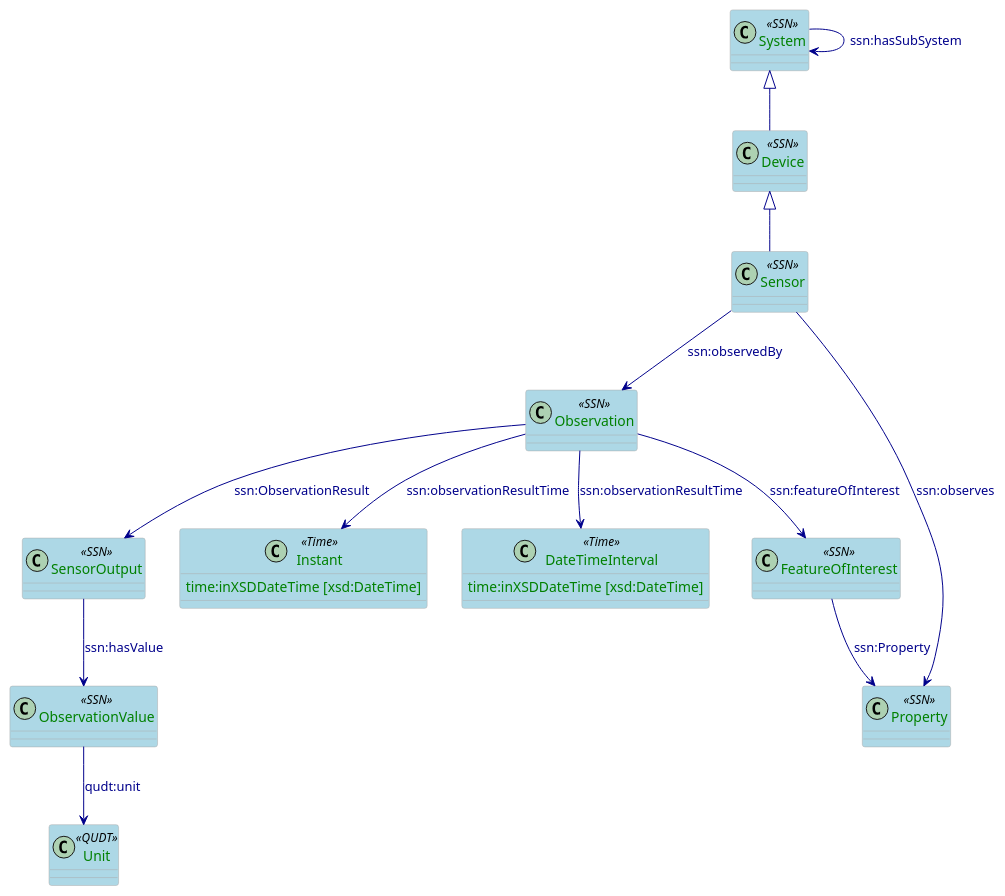
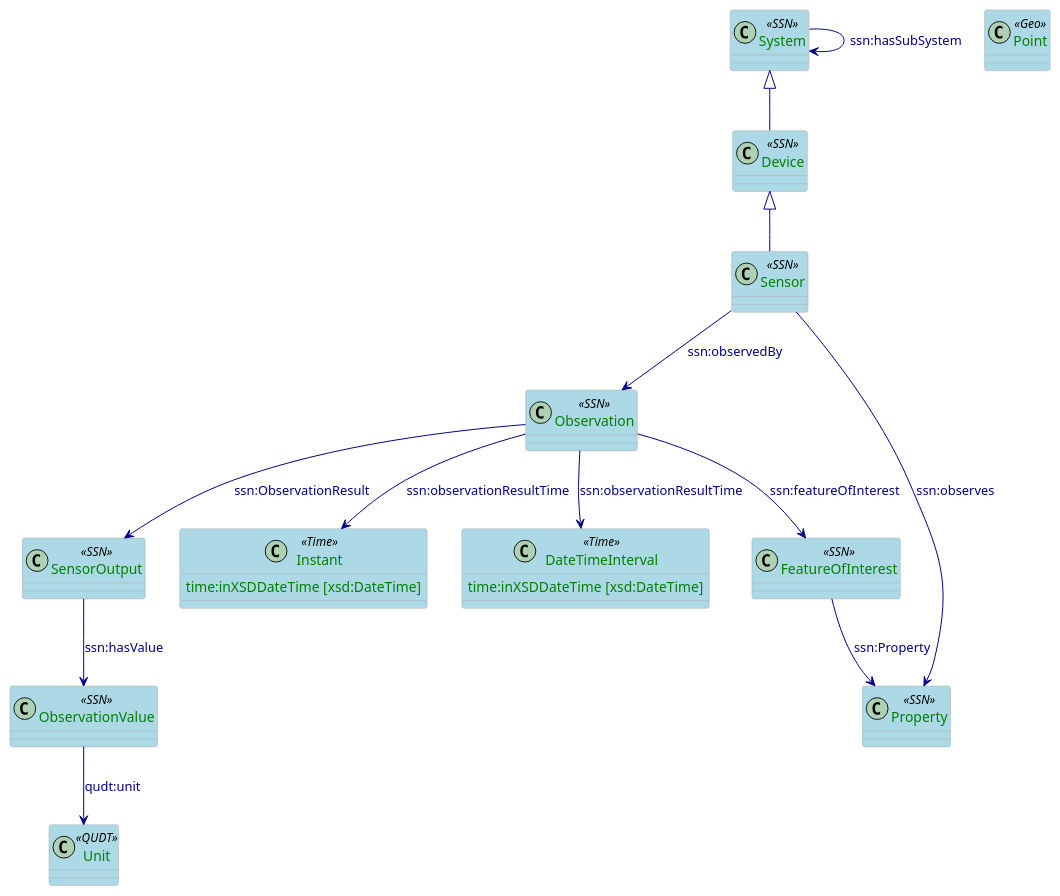
One commit to HIT2GAP-EU-PROJECT/BEMOnt changed the diagram in docs/plantuml/BuildingInfrastructure.puml. Above: the diagram before and after it, drawn with PlantUML.

Commit message:
O&M version of the builsing infrastructure

```diff
--- a/docs/plantuml/BuildingInfrastructure.puml
+++ b/docs/plantuml/BuildingInfrastructure.puml
@@ -1,50 +1,51 @@
 @startuml
 
 skinparam class {
   ArrowColor DarkBlue
   ArrowFontColor DarkBlue
   BackgroundColor LightBlue
   BorderColor DarkGrey
 }
 skinparam stereotypeCBackgroundColor Wheat
 skinparam classAttributeFontColor  Green
 
 /'
  Definition of the classes referring the
 '/
 class System <<SSN>>
 class Device <<SSN>>
 class Sensor <<SSN>>
 class Observation <<SSN>>
 class FeatureOfInterest <<SSN>>
 class Property <<SSN>>
 class SensorOutput <<SSN>>
 class ObservationValue <<SSN>>
 class Instant <<Time>>{
     time:inXSDDateTime [xsd:DateTime]
 }
 class DateTimeInterval <<Time>>{
     time:inXSDDateTime [xsd:DateTime]
 }
 class Unit <<QUDT>>
+class Point <<Geo>>
 
 
 /'
  Definition of the SSN model to model the sensor observation of the building
  facilities
 '/
 
 System --> System: ssn:hasSubSystem
 System <|-- Device
 Device <|-- Sensor
 Sensor --> Observation: ssn:observedBy
 Sensor --> Property: ssn:observes
 Observation --> FeatureOfInterest: ssn:featureOfInterest
 FeatureOfInterest --> Property: ssn:Property
 Observation --> SensorOutput: ssn:ObservationResult
 SensorOutput --> ObservationValue: ssn:hasValue
 ObservationValue --> Unit: qudt:unit
 Observation --> Instant: ssn:observationResultTime
 Observation --> DateTimeInterval: ssn:observationResultTime
 
 @enduml
```
